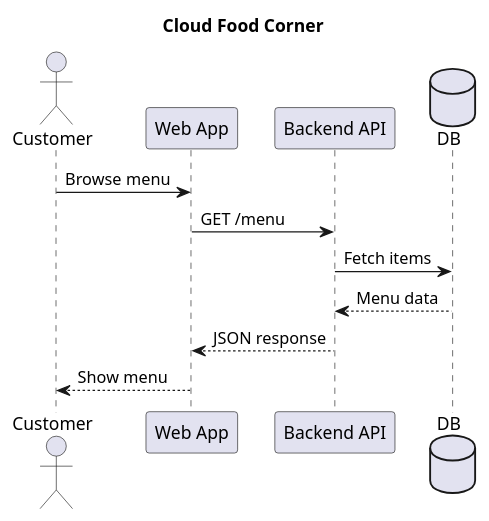
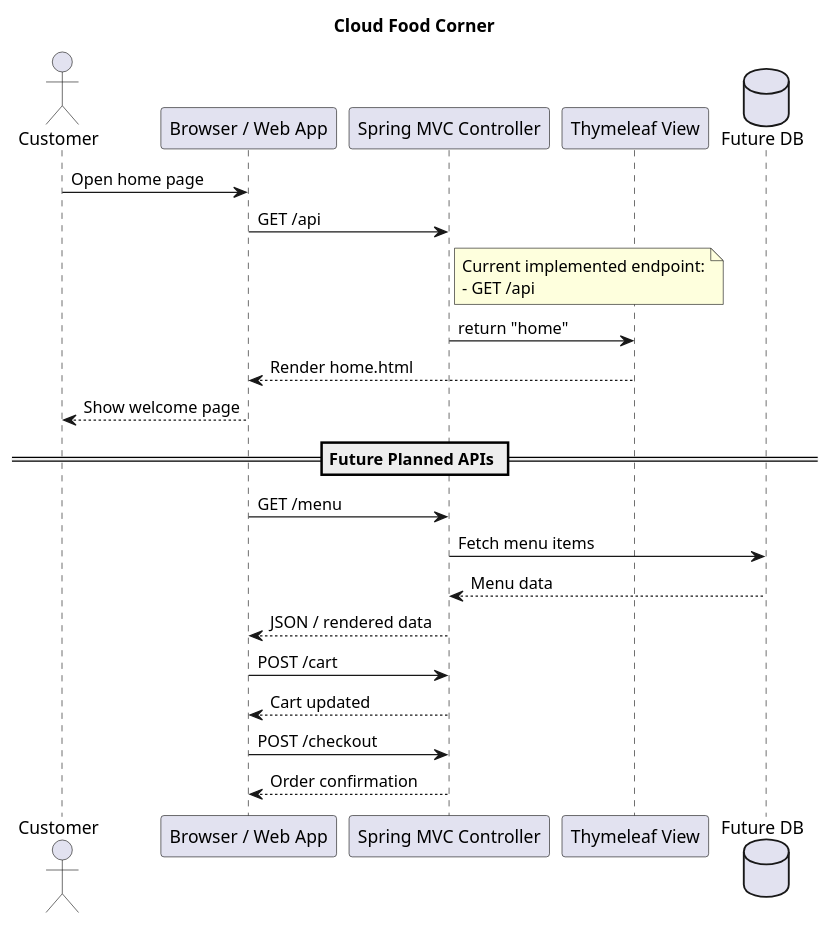
The diagram in diagram.puml (Ayish-Shaikh/Undergraduate_Food_Corner), drawn with PlantUML before and after one commit.

Commit message:
fix: cloud food corner design

```diff
--- a/diagram.puml
+++ b/diagram.puml
@@ -1,15 +1,32 @@
 @startuml
 title Cloud Food Corner
 
 actor Customer
-participant "Web App" as Web
-participant "Backend API" as API
-database DB
+participant "Browser / Web App" as Web
+participant "Spring MVC Controller" as API
+participant "Thymeleaf View" as View
+database "Future DB" as DB
 
-Customer -> Web : Browse menu
+Customer -> Web : Open home page
+Web -> API : GET /api
+note right of API
+Current implemented endpoint:
+- GET /api
+end note
+
+API -> View : return "home"
+View --> Web : Render home.html
+Web --> Customer : Show welcome page
+
+== Future Planned APIs ==
 Web -> API : GET /menu
-API -> DB : Fetch items
+API -> DB : Fetch menu items
 DB --> API : Menu data
-API --> Web : JSON response
-Web --> Customer : Show menu
+API --> Web : JSON / rendered data
+
+Web -> API : POST /cart
+API --> Web : Cart updated
+
+Web -> API : POST /checkout
+API --> Web : Order confirmation
 @enduml
```
